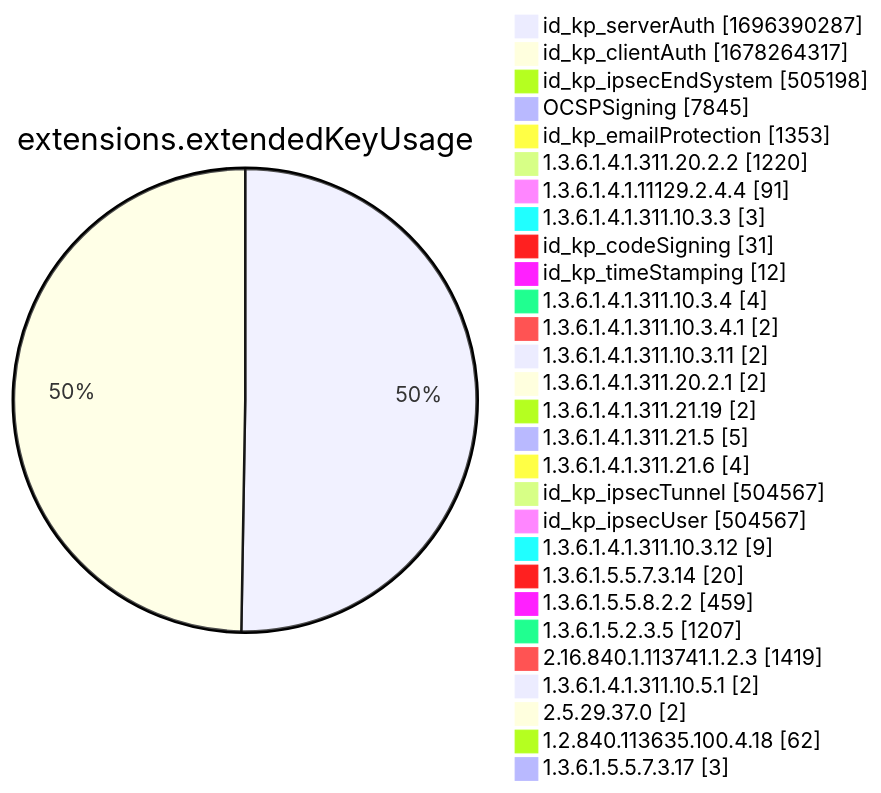
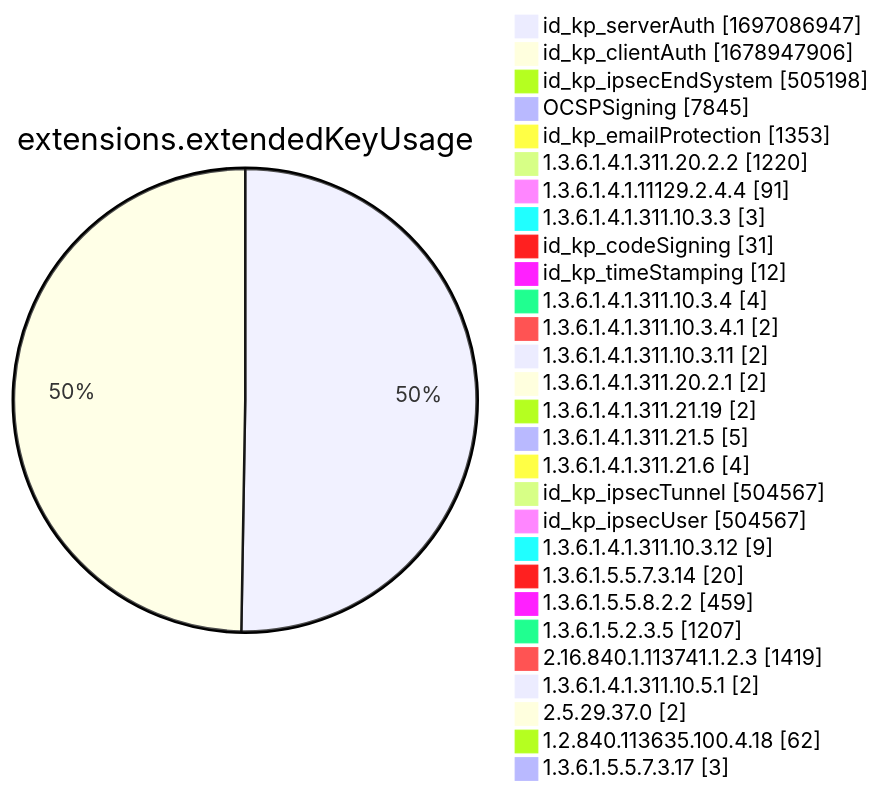
One commit to christiankrug/ctmonitor_visualization changed diagram 12 of 15 in xenon2022/README.md. Above: the diagram before and after it, drawn with Mermaid. The commit also changed other lines of this file, not shown here.

````diff
--- a/xenon2022/README.md
+++ b/xenon2022/README.md
@@ -3888,32 +3888,32 @@
 ```mermaid
 pie showData
 title extensions.extendedKeyUsage
-"id_kp_serverAuth" :1696390287
-"id_kp_clientAuth" :1678264317
+"id_kp_serverAuth" :1697086947
+"id_kp_clientAuth" :1678947906
 "id_kp_ipsecEndSystem" :505198
 "OCSPSigning" :7845
 "id_kp_emailProtection" :1353
 "1.3.6.1.4.1.311.20.2.2" :1220
 "1.3.6.1.4.1.11129.2.4.4" :91
 "1.3.6.1.4.1.311.10.3.3" :3
 "id_kp_codeSigning" :31
 "id_kp_timeStamping" :12
 "1.3.6.1.4.1.311.10.3.4" :4
 "1.3.6.1.4.1.311.10.3.4.1" :2
 "1.3.6.1.4.1.311.10.3.11" :2
 "1.3.6.1.4.1.311.20.2.1" :2
 "1.3.6.1.4.1.311.21.19" :2
 "1.3.6.1.4.1.311.21.5" :5
 "1.3.6.1.4.1.311.21.6" :4
 "id_kp_ipsecTunnel" :504567
 "id_kp_ipsecUser" :504567
 "1.3.6.1.4.1.311.10.3.12" :9
 "1.3.6.1.5.5.7.3.14" :20
 "1.3.6.1.5.5.8.2.2" :459
 "1.3.6.1.5.2.3.5" :1207
 "2.16.840.1.113741.1.2.3" :1419
 "1.3.6.1.4.1.311.10.5.1" :2
 "2.5.29.37.0" :2
 "1.2.840.113635.100.4.18" :62
 "1.3.6.1.5.5.7.3.17" :3
 ```
````
